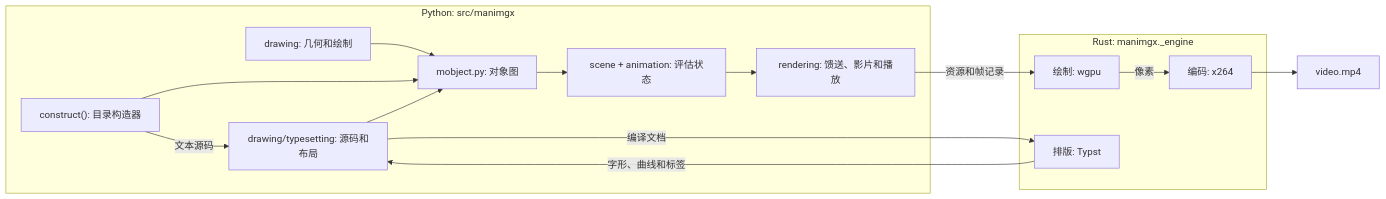
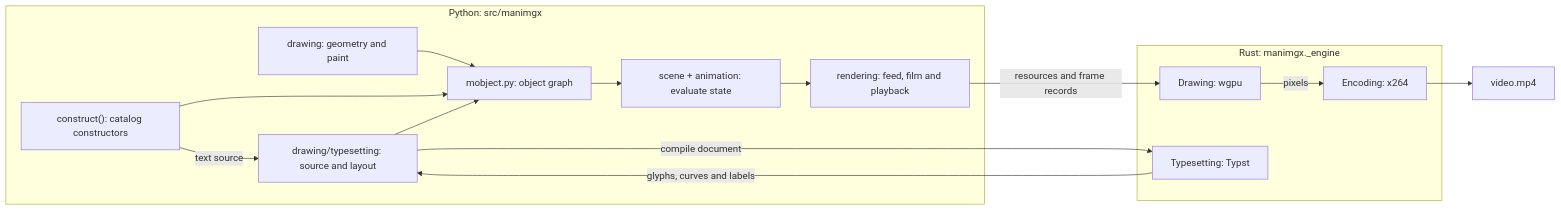
The diagram in shujing/zensite2/content/developer-guide/understanding-manimgx.md (1Cyrvox/ShuJing), drawn with Mermaid before and after one commit. The commit also changed other lines of this file and 14 other files, not shown here.

````diff
--- a/shujing/zensite2/content/developer-guide/understanding-manimgx.md
+++ b/shujing/zensite2/content/developer-guide/understanding-manimgx.md
@@ -32,21 +48,21 @@
 ```mermaid
 flowchart LR
     subgraph python ["Python: src/manimgx"]
-        A["construct(): 目录构造器"] --> B["mobject.py: 对象图"]
-        V["drawing: 几何和绘制"] --> B
-        T["drawing/typesetting: 源码和布局"] --> B
-        B --> C["scene + animation: 评估状态"]
-        C --> D["rendering: 馈送、影片和播放"]
+        A["construct(): catalog constructors"] --> B["mobject.py: object graph"]
+        V["drawing: geometry and paint"] --> B
+        T["drawing/typesetting: source and layout"] --> B
+        B --> C["scene + animation: evaluate state"]
+        C --> D["rendering: feed, film and playback"]
     end
     subgraph rust ["Rust: manimgx._engine"]
-        Y["排版: Typst"]
-        G["绘制: wgpu"]
-        E["编码: x264"]
+        Y["Typesetting: Typst"]
+        G["Drawing: wgpu"]
+        E["Encoding: x264"]
     end
-    A -- "文本源码" --> T
-    T -- "编译文档" --> Y
-    Y -- "字形、曲线和标签" --> T
-    D -- "资源和帧记录" --> G
-    G -- "像素" --> E
+    A -- "text source" --> T
+    T -- "compile document" --> Y
+    Y -- "glyphs, curves and labels" --> T
+    D -- "resources and frame records" --> G
+    G -- "pixels" --> E
     E --> O["video.mp4"]
 ```
````
